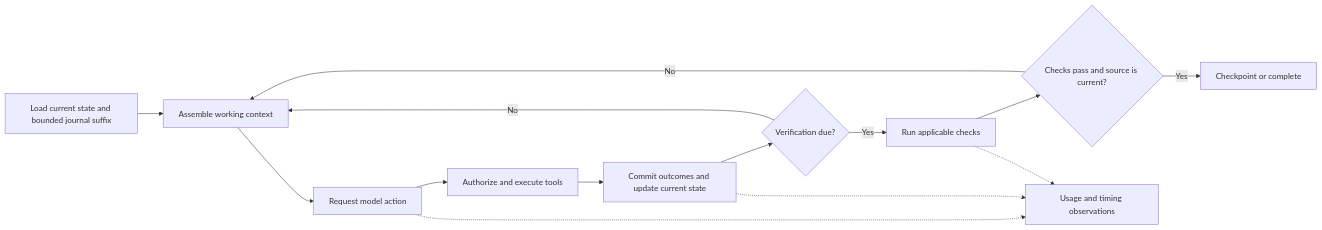
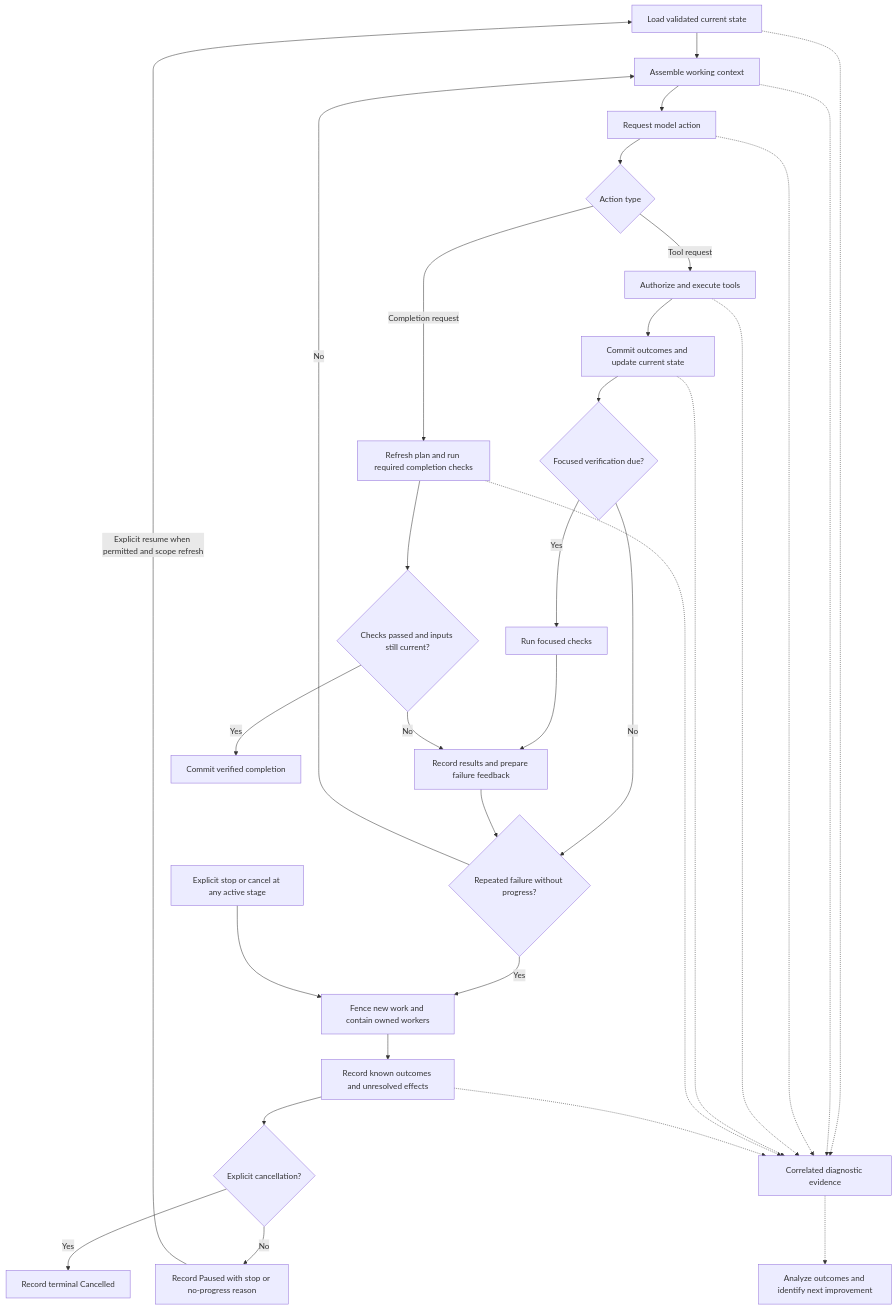
One commit to iokaio/vcp changed the diagram in docs/architecture/execution-architecture-review.md. Above: the diagram before and after it, drawn with Mermaid. The commit also changed other lines of this file and 5 other files, not shown here.

````diff
--- a/docs/architecture/execution-architecture-review.md
+++ b/docs/architecture/execution-architecture-review.md
@@ -103,16 +126,33 @@
 ```mermaid
-flowchart LR
-    S[Load current state and bounded journal suffix] --> C[Assemble working context]
+flowchart TD
+    S[Load validated current state] --> C[Assemble working context]
     C --> M[Request model action]
-    M --> T[Authorize and execute tools]
+    M --> A{Action type}
+    A -->|Tool request| T[Authorize and execute tools]
     T --> U[Commit outcomes and update current state]
-    U --> V{Verification due?}
-    V -->|Yes| K[Run applicable checks]
-    K --> F{Checks pass and source is current?}
-    F -->|No| C
-    F -->|Yes| P[Checkpoint or complete]
-    V -->|No| C
-    M -.-> O[Usage and timing observations]
+    U --> D{Focused verification due?}
+    D -->|No| G{Repeated failure without progress?}
+    D -->|Yes| K[Run focused checks]
+    K --> R[Record results and prepare failure feedback]
+    R --> G
+    G -->|No| C
+    G -->|Yes| Z
+    A -->|Completion request| V[Refresh plan and run required completion checks]
+    V --> F{Checks passed and inputs still current?}
+    F -->|No| R
+    F -->|Yes| P[Commit verified completion]
+    X[Explicit stop or cancel at any active stage] --> Z[Fence new work and contain owned workers]
+    Z --> Q[Record known outcomes and unresolved effects]
+    Q --> J{Explicit cancellation?}
+    J -->|Yes| Y[Record terminal Cancelled]
+    J -->|No| H[Record Paused with stop or no-progress reason]
+    H -->|Explicit resume when permitted and scope refresh| S
+    S -.-> O[Correlated diagnostic evidence]
+    C -.-> O
+    M -.-> O
+    T -.-> O
     U -.-> O
-    K -.-> O
+    V -.-> O
+    Q -.-> O
+    O -.-> I[Analyze outcomes and identify next improvement]
 ```
````
